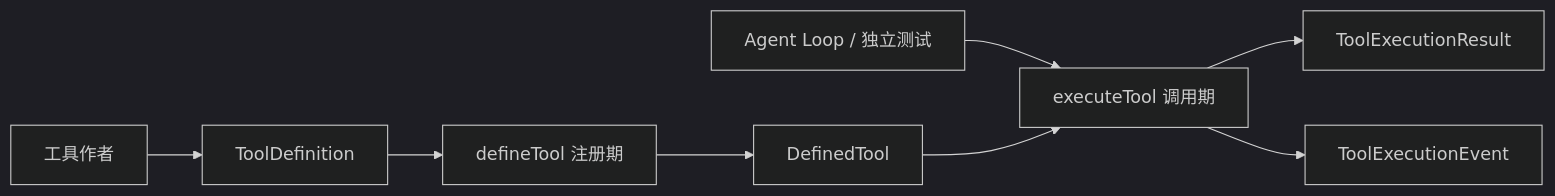
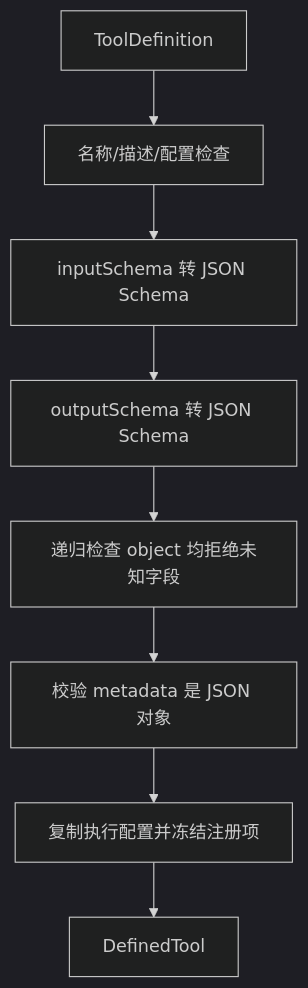
The first of 2 diagrams in docs/learning/tool-harness.md (AlbertE1990/crafteHarness), drawn with Mermaid (dark theme) before and after one commit. The commit also changed other lines of this file and 48 other files, not shown here.

````diff
--- a/docs/learning/tool-harness.md
+++ b/docs/learning/tool-harness.md
@@ -60,11 +78,10 @@
 ```mermaid
-flowchart LR
-  Author[工具作者] --> Definition[ToolDefinition]
-  Definition --> Register[defineTool 注册期]
-  Register --> Defined[DefinedTool]
-
-  Caller[Agent Loop / 独立测试] --> Execute[executeTool 调用期]
-  Defined --> Execute
-  Execute --> Result[ToolExecutionResult]
-  Execute --> Events[ToolExecutionEvent]
+flowchart TD
+  D[ToolDefinition] --> Basic[名称/描述/配置检查]
+  Basic --> Input[inputSchema 转 JSON Schema]
+  Input --> Output[outputSchema 转 JSON Schema]
+  Output --> Closed[递归检查 object 均拒绝未知字段]
+  Closed --> Metadata[校验 metadata 是 JSON 对象]
+  Metadata --> Freeze[复制执行配置并冻结注册项]
+  Freeze --> Defined[DefinedTool]
 ```
````
